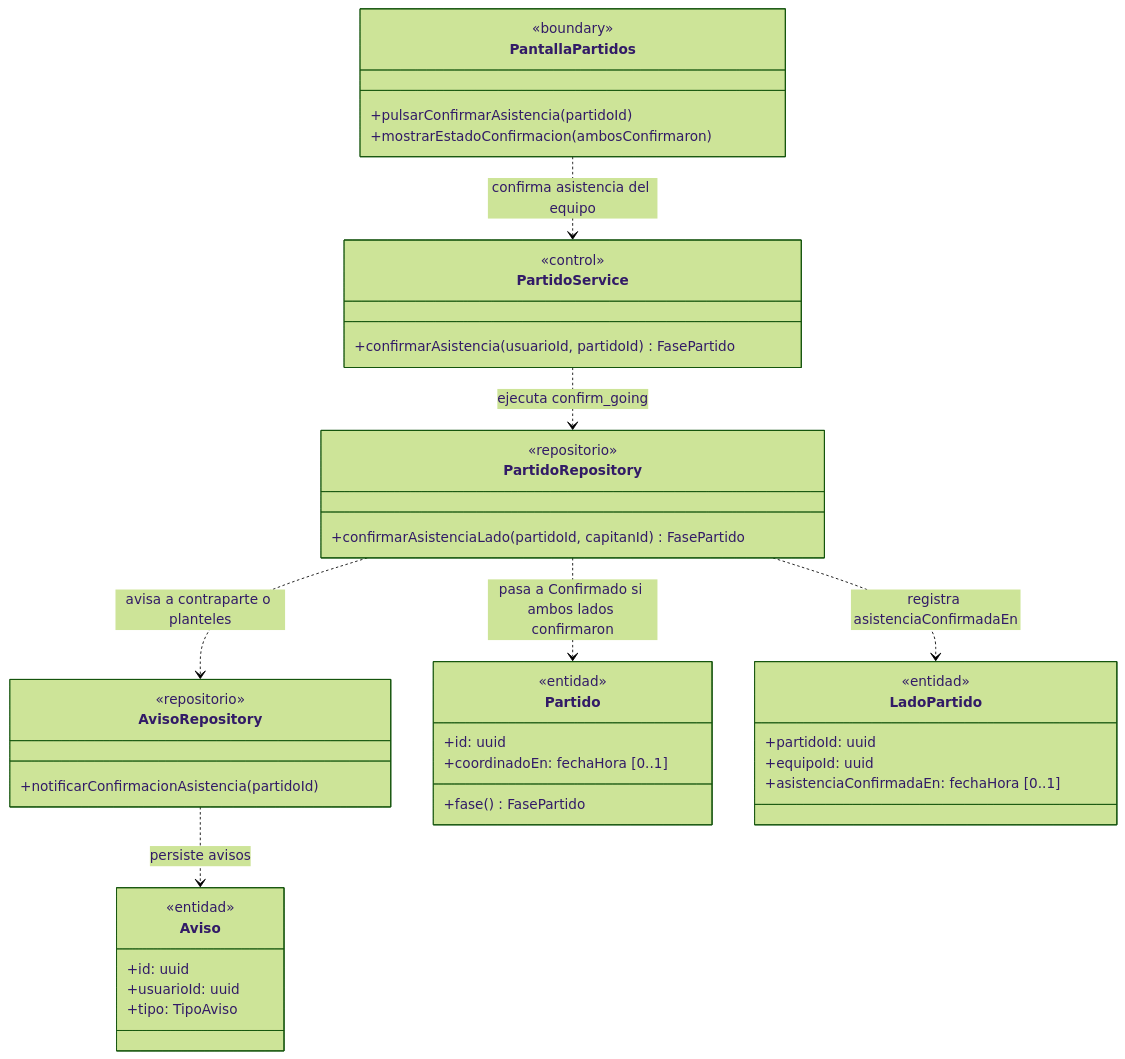
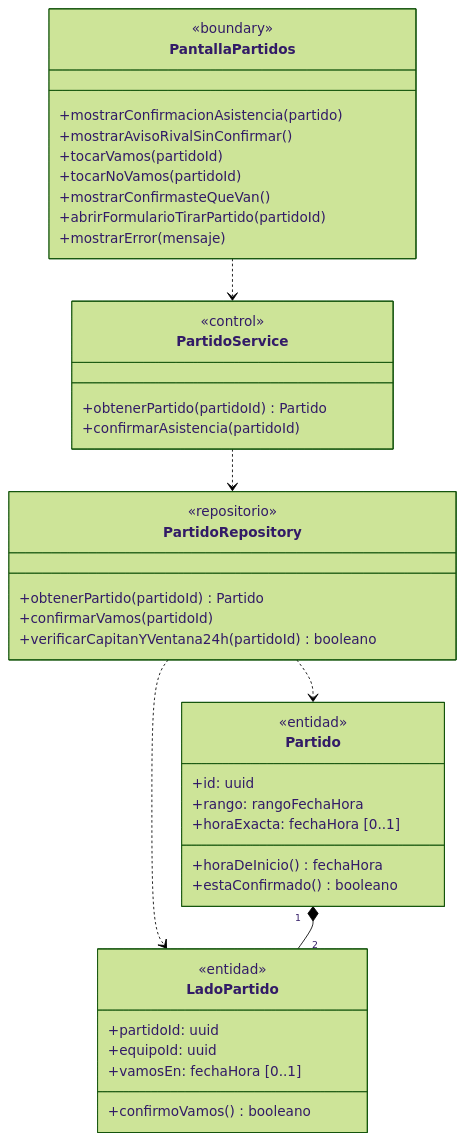
The ninth of 15 diagrams in docs/diagramas-de-clase/partidos.md (nicqletal/torneos-scraper), drawn with Mermaid (forest theme) before and after one commit. The commit also changed other lines of this file and 13 other files, not shown here.

````diff
--- a/docs/diagramas-de-clase/partidos.md
+++ b/docs/diagramas-de-clase/partidos.md
@@ -583,45 +711,44 @@
 ```mermaid
 classDiagram
-direction TB
 class PantallaPartidos {
   <<boundary>>
-  +pulsarConfirmarAsistencia(partidoId)
-  +mostrarEstadoConfirmacion(ambosConfirmaron)
+  +mostrarConfirmacionAsistencia(partido)
+  +mostrarAvisoRivalSinConfirmar()
+  +tocarVamos(partidoId)
+  +tocarNoVamos(partidoId)
+  +mostrarConfirmasteQueVan()
+  +abrirFormularioTirarPartido(partidoId)
+  +mostrarError(mensaje)
 }
 class PartidoService {
   <<control>>
-  +confirmarAsistencia(usuarioId, partidoId) FasePartido
+  +obtenerPartido(partidoId) Partido
+  +confirmarAsistencia(partidoId)
 }
 class PartidoRepository {
   <<repositorio>>
-  +confirmarAsistenciaLado(partidoId, capitanId) FasePartido
-}
-class AvisoRepository {
-  <<repositorio>>
-  +notificarConfirmacionAsistencia(partidoId)
+  +obtenerPartido(partidoId) Partido
+  +confirmarVamos(partidoId)
+  +verificarCapitanYVentana24h(partidoId) booleano
 }
 class Partido {
   <<entidad>>
   +id: uuid
-  +coordinadoEn: fechaHora [0..1]
-  +fase() FasePartido
+  +rango: rangoFechaHora
+  +horaExacta: fechaHora [0..1]
+  +horaDeInicio() fechaHora
+  +estaConfirmado() booleano
 }
 class LadoPartido {
   <<entidad>>
   +partidoId: uuid
   +equipoId: uuid
-  +asistenciaConfirmadaEn: fechaHora [0..1]
+  +vamosEn: fechaHora [0..1]
+  +confirmoVamos() booleano
 }
-class Aviso {
-  <<entidad>>
-  +id: uuid
-  +usuarioId: uuid
-  +tipo: TipoAviso
-}
-PantallaPartidos ..> PartidoService : confirma asistencia del equipo
-PartidoService ..> PartidoRepository : ejecuta confirm_going
-PartidoRepository ..> LadoPartido : registra asistenciaConfirmadaEn
-PartidoRepository ..> Partido : pasa a Confirmado si ambos lados confirmaron
-PartidoRepository ..> AvisoRepository : avisa a contraparte o planteles
-AvisoRepository ..> Aviso : persiste avisos
+PantallaPartidos ..> PartidoService
+PartidoService ..> PartidoRepository
+PartidoRepository ..> Partido
+PartidoRepository ..> LadoPartido
+Partido "1" *-- "2" LadoPartido
 ```
````
